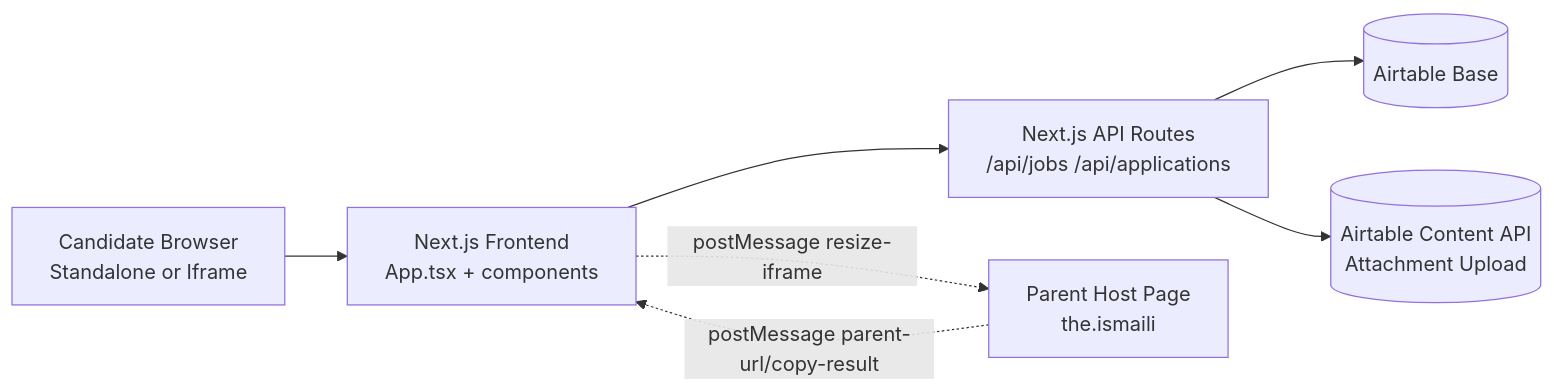
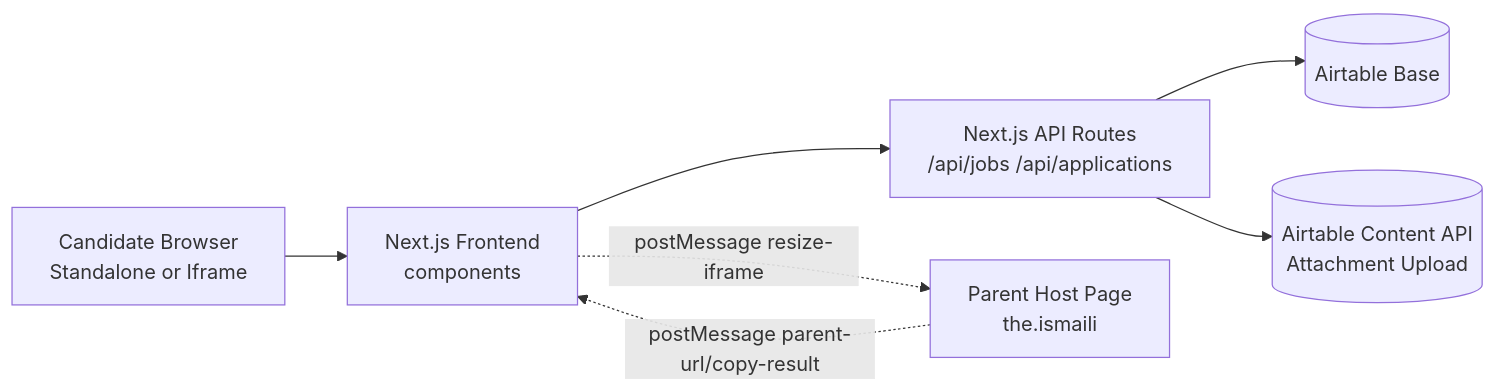
The diagram in docs/architecture.md (Aydinm1/GE-Opportunity-Board), drawn with Mermaid before and after one commit. The commit also changed other lines of this file and 24 other files, not shown here.

````diff
--- a/docs/architecture.md
+++ b/docs/architecture.md
@@ -5,10 +5,10 @@
 ```mermaid
 flowchart LR
-  A[Candidate Browser<br/>Standalone or Iframe] --> B[Next.js Frontend<br/>App.tsx + components]
+  A[Candidate Browser<br/>Standalone or Iframe] --> B[Next.js Frontend<br/>components]
   B --> C[Next.js API Routes<br/>/api/jobs /api/applications]
   C --> D[(Airtable Base)]
   C --> E[(Airtable Content API<br/>Attachment Upload)]
 
   B -.postMessage resize-iframe.-> P[Parent Host Page<br/>the.ismaili]
   P -.postMessage parent-url/copy-result.-> B
 ```
````
